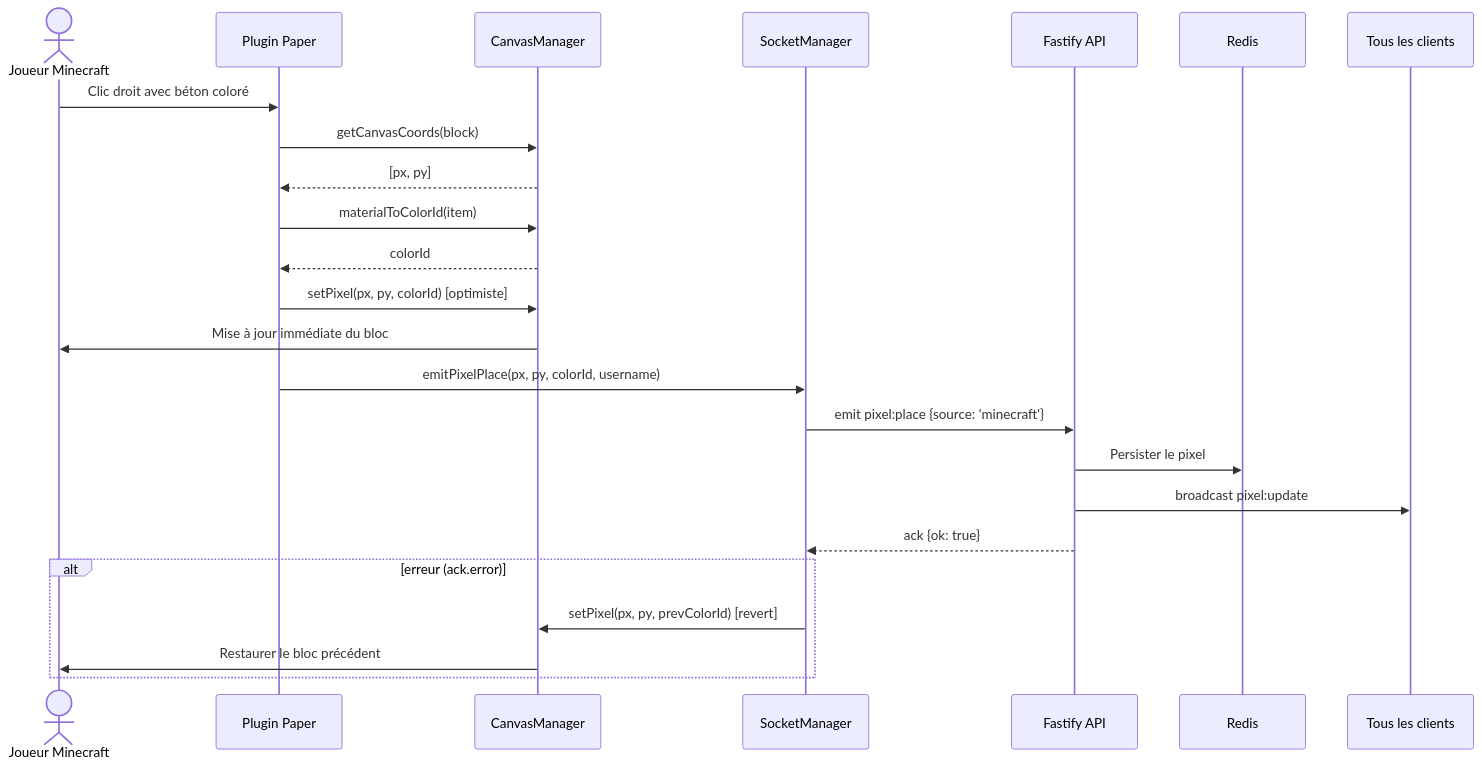
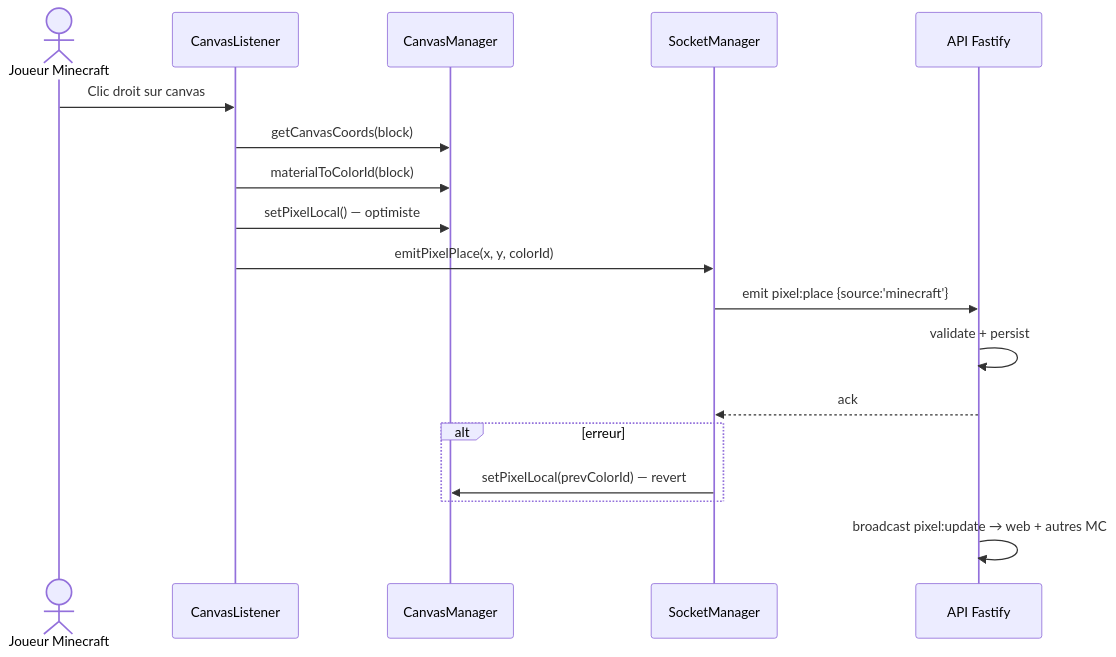
Before and after one commit to MaKSiiMe/VoxelPlace: the third of 3 diagrams in docs/uml/sequence-diagram.md, drawn with Mermaid. The commit also changed other lines of this file and 34 other files, not shown here.

````diff
--- a/docs/uml/sequence-diagram.md
+++ b/docs/uml/sequence-diagram.md
@@ -65,29 +59,22 @@
 ```mermaid
 sequenceDiagram
     actor MC as Joueur Minecraft
-    participant Plugin as Plugin Paper
+    participant L as CanvasListener
     participant CM as CanvasManager
     participant SM as SocketManager
-    participant API as Fastify API
-    participant Redis as Redis
-    participant Clients as Tous les clients
+    participant A as API Fastify
 
-    MC->>Plugin: Clic droit avec béton coloré
-    Plugin->>CM: getCanvasCoords(block)
-    CM-->>Plugin: [px, py]
-    Plugin->>CM: materialToColorId(item)
-    CM-->>Plugin: colorId
-    Plugin->>CM: setPixel(px, py, colorId) [optimiste]
-    CM->>MC: Mise à jour immédiate du bloc
+    MC->>L: Clic droit sur canvas
+    L->>CM: getCanvasCoords(block)
+    L->>CM: materialToColorId(block)
+    L->>CM: setPixelLocal() — optimiste
+    L->>SM: emitPixelPlace(x, y, colorId)
+    SM->>A: emit pixel:place {source:'minecraft'}
+    A->>A: validate + persist
+    A-->>SM: ack
 
-    Plugin->>SM: emitPixelPlace(px, py, colorId, username)
-    SM->>API: emit pixel:place {source: 'minecraft'}
-    API->>Redis: Persister le pixel
-    API->>Clients: broadcast pixel:update
-    API-->>SM: ack {ok: true}
-
-    alt erreur (ack.error)
-        SM->>CM: setPixel(px, py, prevColorId) [revert]
-        CM->>MC: Restaurer le bloc précédent
+    alt erreur
+        SM->>CM: setPixelLocal(prevColorId) — revert
     end
+    A->>A: broadcast pixel:update → web + autres MC
 ```
````
